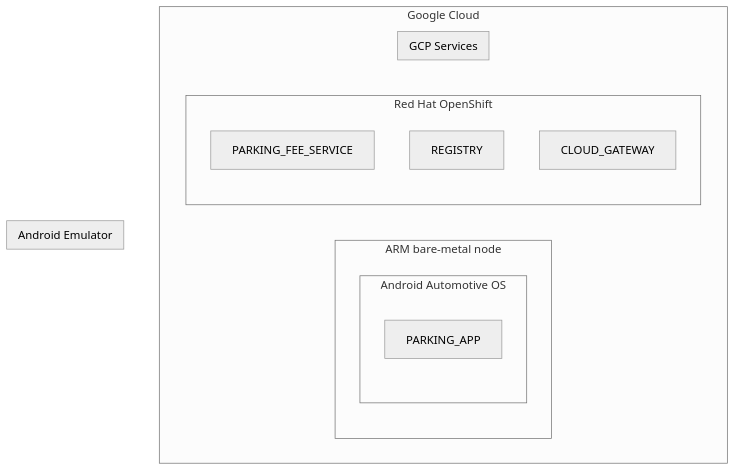
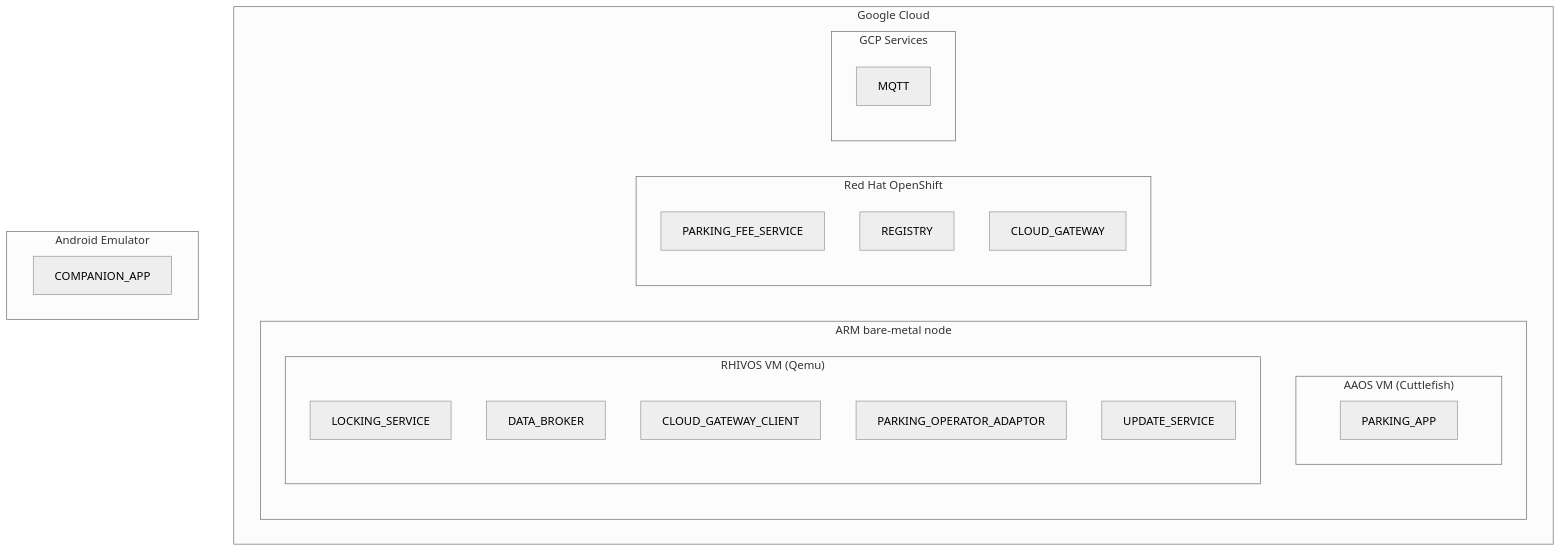
The first of 2 diagrams in prd.md (rhadp/parking-fee-service), drawn with Mermaid (neutral theme) before and after one commit. The commit also changed other lines of this file, not shown here.

Commit message:
updated the PRD

````diff
--- a/prd.md
+++ b/prd.md
@@ -210,27 +210,35 @@
 ```mermaid
 flowchart TD
 subgraph Cloud["Google Cloud"]
 
   subgraph BareMetal["ARM bare-metal node"]
-    subgraph AAOS["Android Automotive OS"]
+    subgraph AAOS["AAOS VM (Cuttlefish)"]
       ParkingApp["PARKING_APP"]
     end
 
-
+    subgraph RHIVOS["RHIVOS VM (Qemu)"]
+      LockingService["LOCKING_SERVICE"]
+      DataBroker["DATA_BROKER"]
+      CloudGatewayClient["CLOUD_GATEWAY_CLIENT"]
+      Adaptor["PARKING_OPERATOR_ADAPTOR"]
+      UpdateService["UPDATE_SERVICE"]
+    end
   end
 
   subgraph Backend["Red Hat OpenShift"]
     ParkingFeeService["PARKING_FEE_SERVICE"]
     Registry["REGISTRY"]
     CloudGateway["CLOUD_GATEWAY"]
   end
 
   subgraph CloudServices["GCP Services"]
-    
+    MQTT["MQTT"]
+    Registry["REGISTRY"]
   end
 end
 
 subgraph Mobile["Android Emulator"]
+  CompanionApp["COMPANION_APP"]
 end
 
 ```
````
